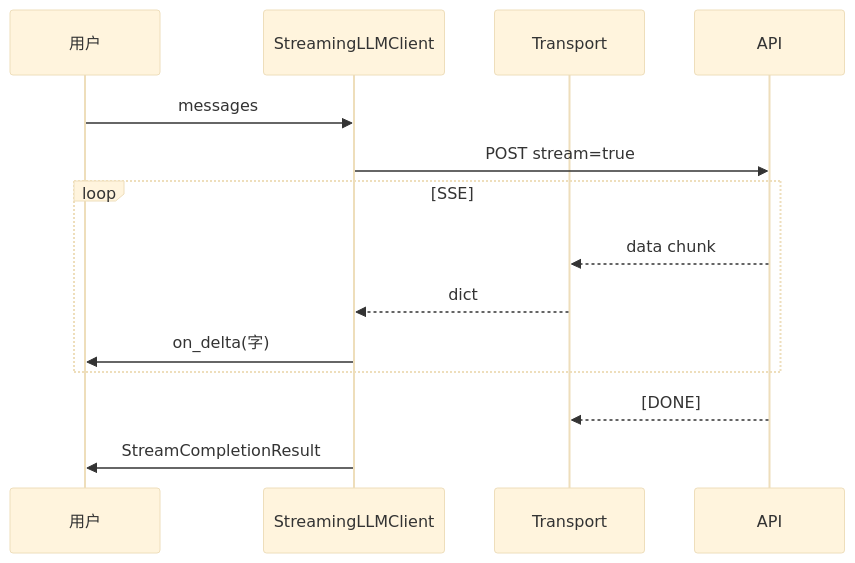
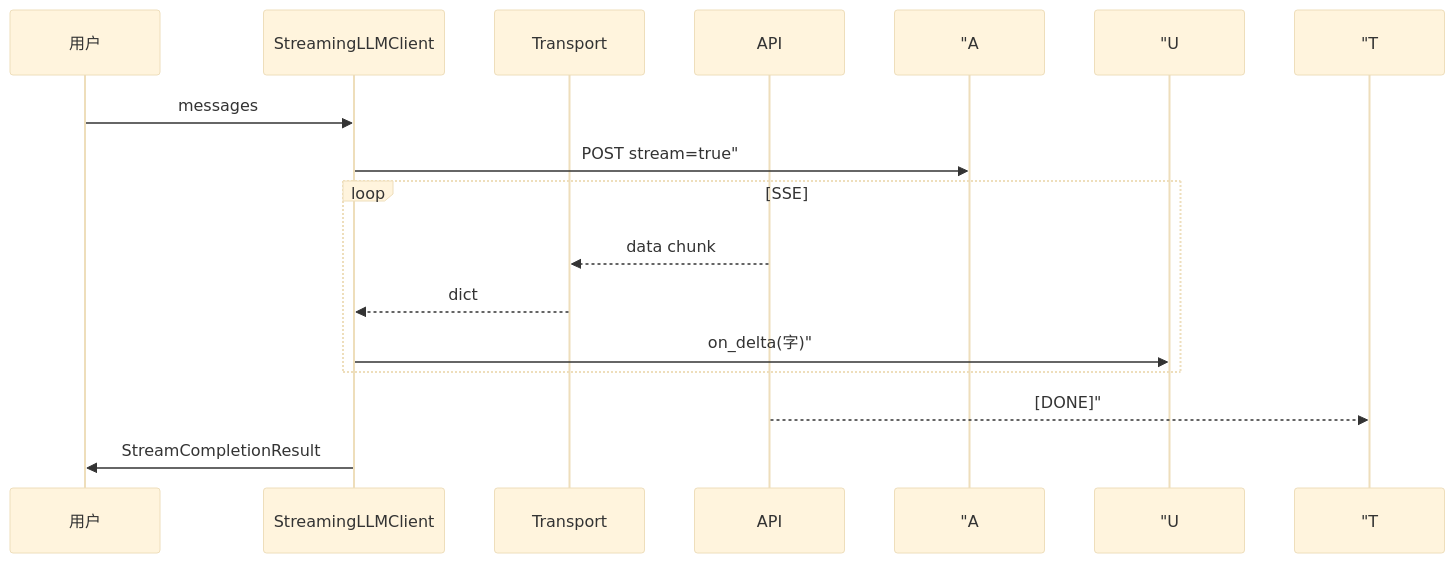
One commit to ab6539763/70_days_course_plus changed the diagram in course/day16/11_流式输出详解.md. Above: the diagram before and after it, drawn with Mermaid (base theme). The commit also changed 134 other files, not shown here.

````diff
--- a/course/day16/11_流式输出详解.md
+++ b/course/day16/11_流式输出详解.md
@@ -186,17 +186,17 @@
 ```mermaid
 sequenceDiagram
     participant U as 用户
     participant C as StreamingLLMClient
     participant T as Transport
     participant A as API
 
     U->>C: messages
-    C->>A: POST stream=true
+    C->> "A: POST stream=true"
     loop SSE
         A-->>T: data chunk
         T-->>C: dict
-        C->>U: on_delta(字)
+        C->> "U: on_delta(字)"
     end
-    A-->>T: [DONE]
+    A-->> "T: [DONE]"
     C->>U: StreamCompletionResult
 ```
````
